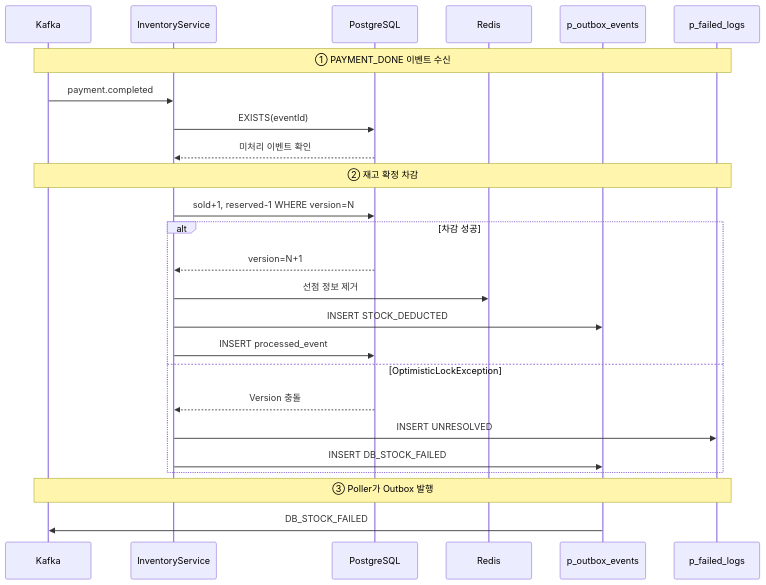
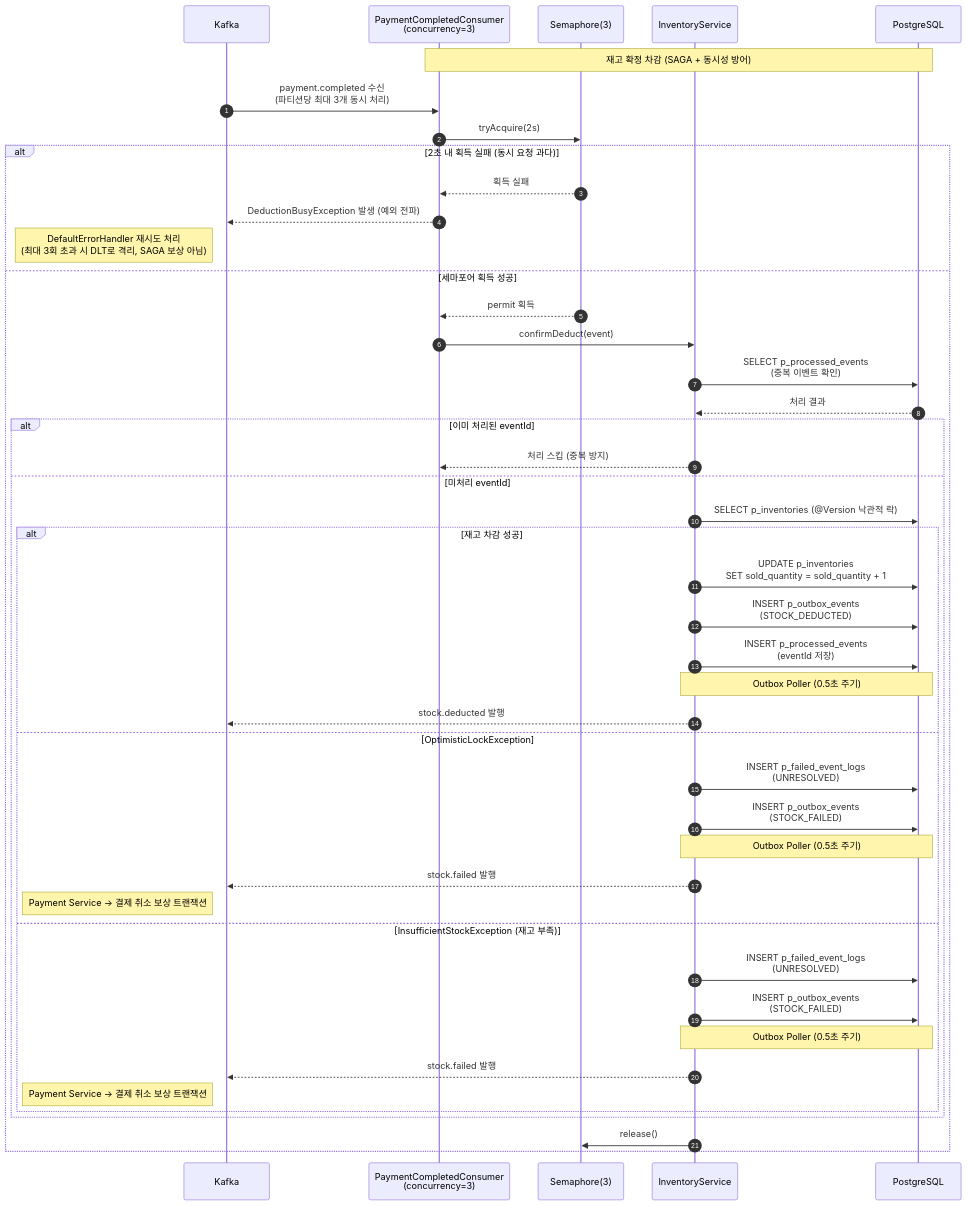
The tenth of 32 diagrams in docs/08.sequence.md (OMC-2/OMC), drawn with Mermaid before and after one commit. The commit also changed other lines of this file and 8 other files, not shown here.

````diff
--- a/docs/08.sequence.md
+++ b/docs/08.sequence.md
@@ -179,31 +247,69 @@
 ```mermaid
 sequenceDiagram
-    participant Kafka
-    participant InventoryService
-    participant PostgreSQL
-    participant Redis
-    participant Outbox as p_outbox_events
-    participant FailedLog as p_failed_logs
+    autonumber
 
-    Note over Kafka,FailedLog: ① PAYMENT_DONE 이벤트 수신
-    Kafka->>InventoryService: payment.completed
-    InventoryService->>PostgreSQL: EXISTS(eventId)
-    PostgreSQL-->>InventoryService: 미처리 이벤트 확인
+    participant K as Kafka
+    participant C as PaymentCompletedConsumer<br/>(concurrency=3)
+    participant S as Semaphore(3)
+    participant I as InventoryService
+    participant DB as PostgreSQL
 
-    Note over Kafka,FailedLog: ② 재고 확정 차감
-    InventoryService->>PostgreSQL: sold+1, reserved-1 WHERE version=N
+    Note over C,DB: 재고 확정 차감 (SAGA + 동시성 방어)
 
-    alt 차감 성공
-        PostgreSQL-->>InventoryService: version=N+1
-        InventoryService->>Redis: 선점 정보 제거
-        InventoryService->>Outbox: INSERT STOCK_DEDUCTED
-        InventoryService->>PostgreSQL: INSERT processed_event
-    else OptimisticLockException
-        PostgreSQL-->>InventoryService: Version 충돌
-        InventoryService->>FailedLog: INSERT UNRESOLVED
-        InventoryService->>Outbox: INSERT DB_STOCK_FAILED
+    K->>C: payment.completed 수신<br/>(파티션당 최대 3개 동시 처리)
+    C->>S: tryAcquire(2s)
+
+    alt 2초 내 획득 실패 (동시 요청 과다)
+        S-->>C: 획득 실패
+        C-->>K: DeductionBusyException 발생 (예외 전파)
+
+        Note left of K: DefaultErrorHandler 재시도 처리<br/>(최대 3회 초과 시 DLT로 격리, SAGA 보상 아님)
+
+    else 세마포어 획득 성공
+        S-->>C: permit 획득
+
+        C->>I: confirmDeduct(event)
+
+        I->>DB: SELECT p_processed_events<br/>(중복 이벤트 확인)
+        DB-->>I: 처리 결과
+
+        alt 이미 처리된 eventId
+            I-->>C: 처리 스킵 (중복 방지)
+
+        else 미처리 eventId
+            I->>DB: SELECT p_inventories (@Version 낙관적 락)
+
+            alt 재고 차감 성공
+                I->>DB: UPDATE p_inventories<br/>SET sold_quantity = sold_quantity + 1
+                I->>DB: INSERT p_outbox_events<br/>(STOCK_DEDUCTED)
+                I->>DB: INSERT p_processed_events<br/>(eventId 저장)
+
+                Note over I,DB: Outbox Poller (0.5초 주기)
+
+                I-->>K: stock.deducted 발행
+
+            else OptimisticLockException
+                I->>DB: INSERT p_failed_event_logs<br/>(UNRESOLVED)
+                I->>DB: INSERT p_outbox_events<br/>(STOCK_FAILED)
+
+                Note over I,DB: Outbox Poller (0.5초 주기)
+
+                I-->>K: stock.failed 발행
+
+                Note left of K: Payment Service → 결제 취소 보상 트랜잭션
+
+            else InsufficientStockException (재고 부족)
+                I->>DB: INSERT p_failed_event_logs<br/>(UNRESOLVED)
+                I->>DB: INSERT p_outbox_events<br/>(STOCK_FAILED)
+
+                Note over I,DB: Outbox Poller (0.5초 주기)
+
+                I-->>K: stock.failed 발행
+
+                Note left of K: Payment Service → 결제 취소 보상 트랜잭션
+            end
+        end
+
+        I->>S: release()
     end
-
-    Note over Kafka,FailedLog: ③ Poller가 Outbox 발행
-    Outbox->>Kafka: DB_STOCK_FAILED
 ```
````
